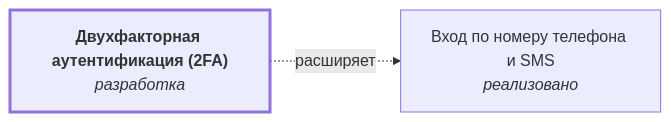
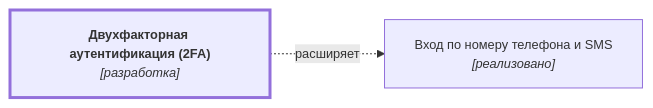
Before and after one commit to DmitryKhilko/example-app-requirements: the diagram in docs/specifications/profile/auth-2fa.md, drawn with Mermaid. The commit also changed other lines of this file and 21 other files, not shown here.

````diff
--- a/docs/specifications/profile/auth-2fa.md
+++ b/docs/specifications/profile/auth-2fa.md
@@ -26,12 +26,13 @@
 ```mermaid
+%%{init: {"themeVariables": {"fontSize": "12.8px"}}}%%
 flowchart LR
-    n0["<b>Двухфакторная аутентификация (2FA)</b><br/><i>разработка</i>"]
-    n1["Вход по номеру телефона и SMS<br/><i>реализовано</i>"]
+    n0["<b>Двухфакторная аутентификация (2FA)</b><br/><i>[разработка]</i>"]
+    n1["Вход по номеру телефона и SMS<br/><i>[реализовано]</i>"]
     n0 -.->|"расширяет"| n1
 
     classDef current stroke-width:3px
     classDef archived stroke-dasharray:5 4
     class n0 current
 
     click n1 "../auth-sms/"
 ```
````
